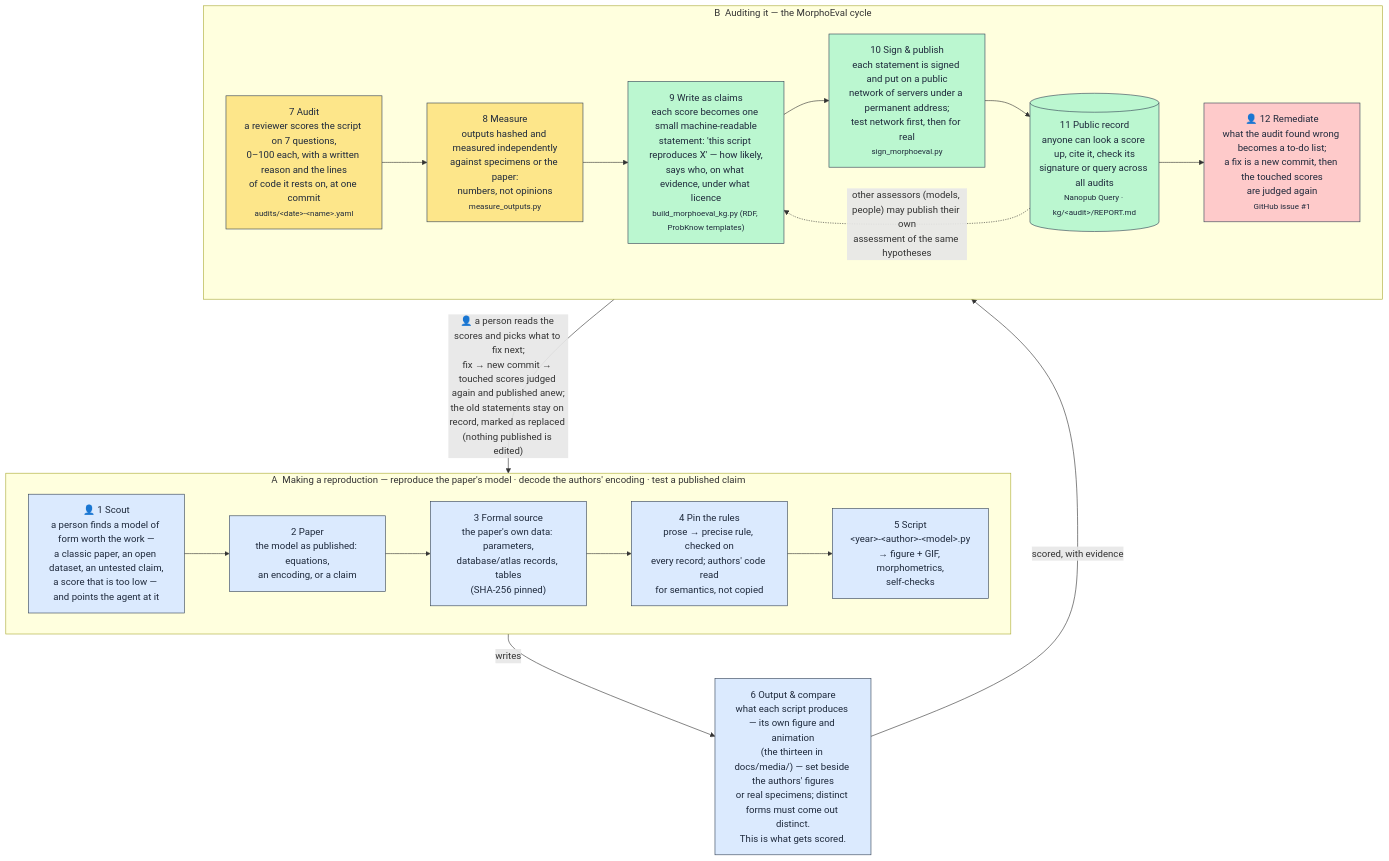
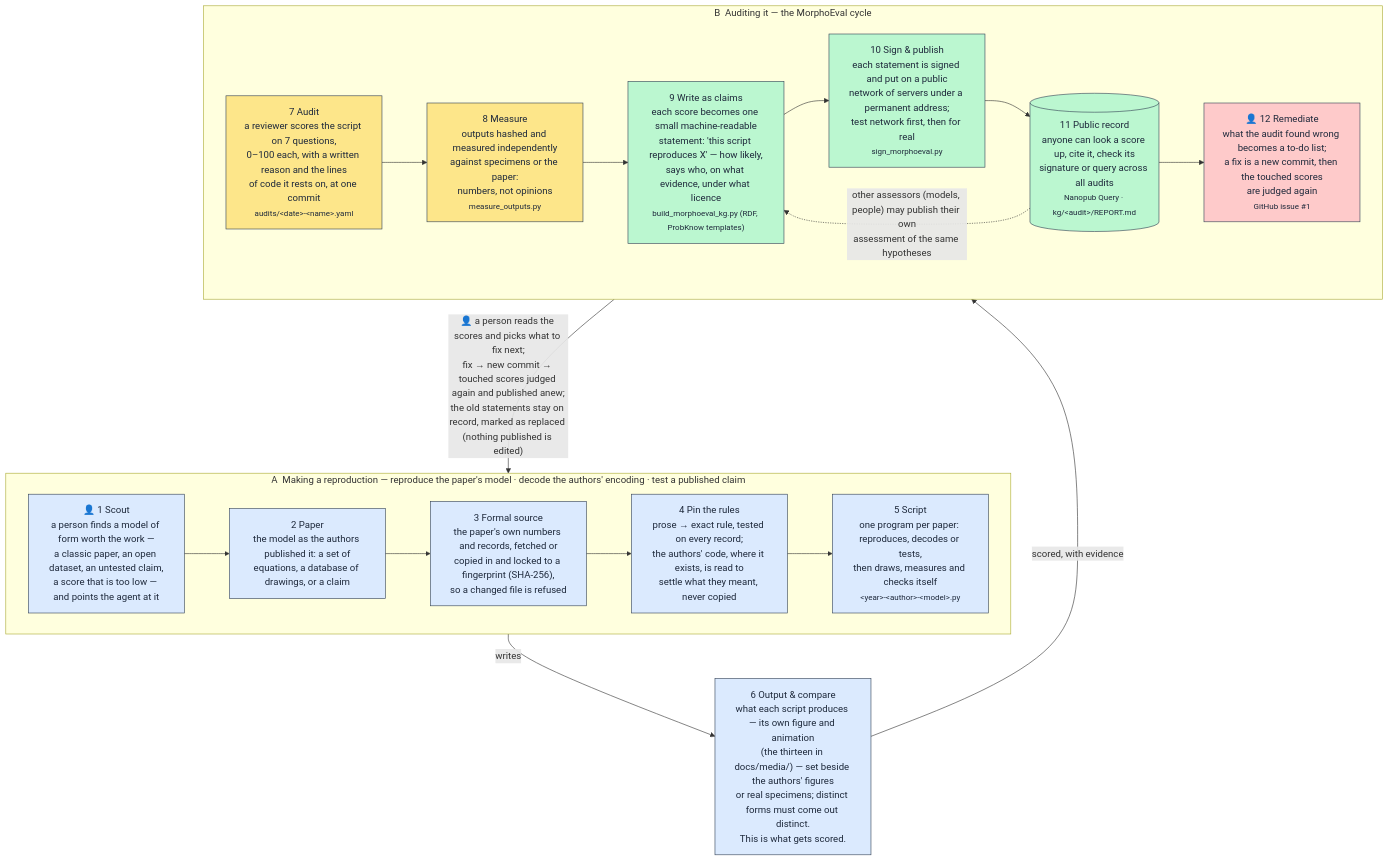
One commit to fractastical/morpholib changed the diagram in morphoeval/README.md. Above: the diagram before and after it, drawn with Mermaid. The commit also changed 3 other files, not shown here.

Commit message:
Pipeline diagram: tier A boxes in plain words; file names only in the small line

````diff
--- a/morphoeval/README.md
+++ b/morphoeval/README.md
@@ -58,35 +58,35 @@
 ```mermaid
 flowchart TB
     classDef build fill:#dbeafe,stroke:#334155,color:#1e293b
     classDef eval fill:#fde68a,stroke:#334155,color:#1e293b
     classDef pub fill:#bbf7d0,stroke:#334155,color:#1e293b
     classDef loop fill:#fecaca,stroke:#334155,color:#1e293b
 
     subgraph A["A &nbsp;Making a reproduction — reproduce the paper's model · decode the authors' encoding · test a published claim"]
         direction LR
         SC["👤 1 Scout<br/>a person finds a model of form worth the work —<br/>a classic paper, an open dataset, an untested claim,<br/>a score that is too low — and points the agent at it"]:::build
-        P["2 Paper<br/>the model as published: equations,<br/>an encoding, or a claim"]:::build
-        S["3 Formal source<br/>the paper's own data: parameters,<br/>database/atlas records, tables<br/>(SHA-256 pinned)"]:::build
-        R["4 Pin the rules<br/>prose → precise rule, checked on<br/>every record; authors' code read<br/>for semantics, not copied"]:::build
-        X["5 Script<br/>&lt;year&gt;-&lt;author&gt;-&lt;model&gt;.py<br/>→ figure + GIF, morphometrics,<br/>self-checks"]:::build
+        P["2 Paper<br/>the model as the authors published it: a set of<br/>equations, a database of drawings, or a claim"]:::build
+        S["3 Formal source<br/>the paper's own numbers and records, fetched or<br/>copied in and locked to a fingerprint (SHA-256),<br/>so a changed file is refused"]:::build
+        R["4 Pin the rules<br/>prose → exact rule, tested on every record;<br/>the authors' code, where it exists, is read to<br/>settle what they meant, never copied"]:::build
+        X["5 Script<br/>one program per paper: reproduces, decodes or tests,<br/>then draws, measures and checks itself<br/><small>&lt;year&gt;-&lt;author&gt;-&lt;model&gt;.py</small>"]:::build
         SC --> P --> S --> R --> X
     end
 
     O["6 Output &amp; compare<br/>what each script produces — its own figure and animation<br/>(the thirteen in docs/media/) — set beside the authors' figures<br/>or real specimens; distinct forms must come out distinct.<br/>This is what gets scored."]:::build
     X -- writes --> O
 
     subgraph B["B &nbsp;Auditing it — the MorphoEval cycle"]
         direction LR
         AU["7 Audit<br/>a reviewer scores the script on 7 questions,<br/>0–100 each, with a written reason and the lines<br/>of code it rests on, at one commit<br/><small>audits/&lt;date&gt;-&lt;name&gt;.yaml</small>"]:::eval
         M["8 Measure<br/>outputs hashed and measured independently<br/>against specimens or the paper:<br/>numbers, not opinions<br/><small>measure_outputs.py</small>"]:::eval
         BG["9 Write as claims<br/>each score becomes one small machine-readable<br/>statement: 'this script reproduces X' — how likely,<br/>says who, on what evidence, under what licence<br/><small>build_morphoeval_kg.py (RDF, ProbKnow templates)</small>"]:::pub
         PU["10 Sign &amp; publish<br/>each statement is signed and put on a public<br/>network of servers under a permanent address;<br/>test network first, then for real<br/><small>sign_morphoeval.py</small>"]:::pub
         G[("11 Public record<br/>anyone can look a score up, cite it, check its<br/>signature or query across all audits<br/><small>Nanopub Query · kg/&lt;audit&gt;/REPORT.md</small>")]:::pub
         T["👤 12 Remediate<br/>what the audit found wrong becomes a to-do list;<br/>a fix is a new commit, then the touched scores<br/>are judged again<br/><small>GitHub issue #1</small>"]:::loop
         AU --> M --> BG --> PU --> G --> T
     end
 
     O -- scored, with evidence --> AU
     T -- "👤 a person reads the scores and picks what to fix next;<br/>fix → new commit → touched scores judged again and published anew;<br/>the old statements stay on record, marked as replaced (nothing published is edited)" --> X
     G -. other assessors (models, people) may publish their own<br/>assessment of the same hypotheses .-> BG
 ```
````
